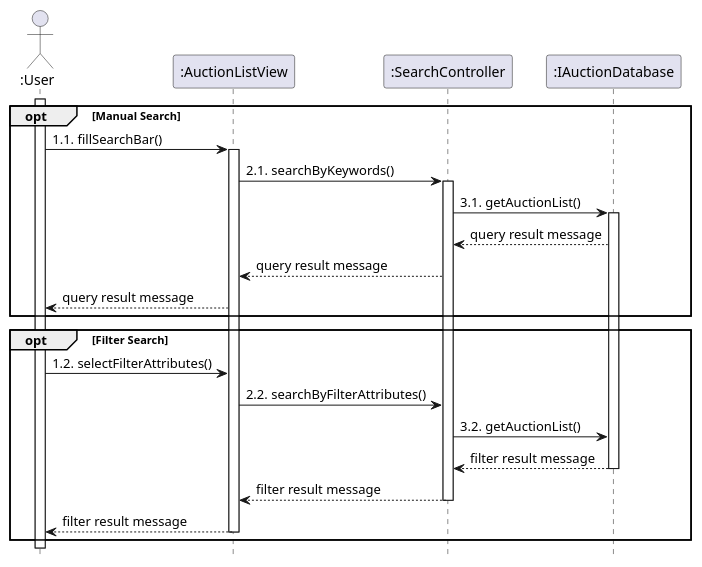
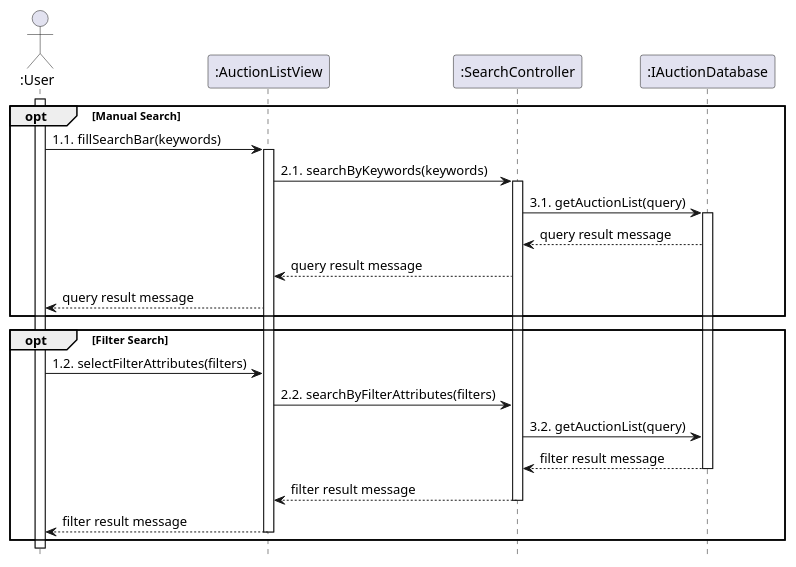
One commit to anhbanlinhle/velocity-exchange changed the diagram in uml/design/sequence/linh/search_for_auction.pu. Above: the diagram before and after it, drawn with PlantUML.

Commit message:
doc[lynn]: design sequence no. 6

```diff
--- a/uml/design/sequence/linh/search_for_auction.pu
+++ b/uml/design/sequence/linh/search_for_auction.pu
@@ -1,52 +1,52 @@
 @startuml UC_6
 hide footbox
 
 actor ":User" as User
 participant ":AuctionListView" as AuctionView
 participant ":SearchController" as SearchController
 participant ":IAuctionDatabase" as Auction
 
 User ++
 opt Manual Search
-    User -> AuctionView: 1.1. fillSearchBar()
+    User -> AuctionView: 1.1. fillSearchBar(keywords)
     
     activate AuctionView
-      AuctionView -> SearchController: 2.1. searchByKeywords()
+      AuctionView -> SearchController: 2.1. searchByKeywords(keywords)
       
       activate SearchController
-        SearchController -> Auction: 3.1. getAuctionList()
+        SearchController -> Auction: 3.1. getAuctionList(query)
           
           activate Auction
             Auction --> SearchController: query result message
             
         SearchController --> AuctionView: query result message
         
       AuctionView --> User: query result message
       
 end
 
 opt Filter Search
-  User -> AuctionView: 1.2. selectFilterAttributes()
+  User -> AuctionView: 1.2. selectFilterAttributes(filters)
   
   
-      AuctionView -> SearchController: 2.2. searchByFilterAttributes()
+      AuctionView -> SearchController: 2.2. searchByFilterAttributes(filters)
       
       
-        SearchController -> Auction: 3.2. getAuctionList()
+        SearchController -> Auction: 3.2. getAuctionList(query)
           
           
             Auction --> SearchController: filter result message
             
             
           deactivate Auction
         SearchController --> AuctionView: filter result message
         
         
       deactivate SearchController
       AuctionView --> User: filter result message
       
       
     deactivate AuctionView
 end
 
 @enduml
```
